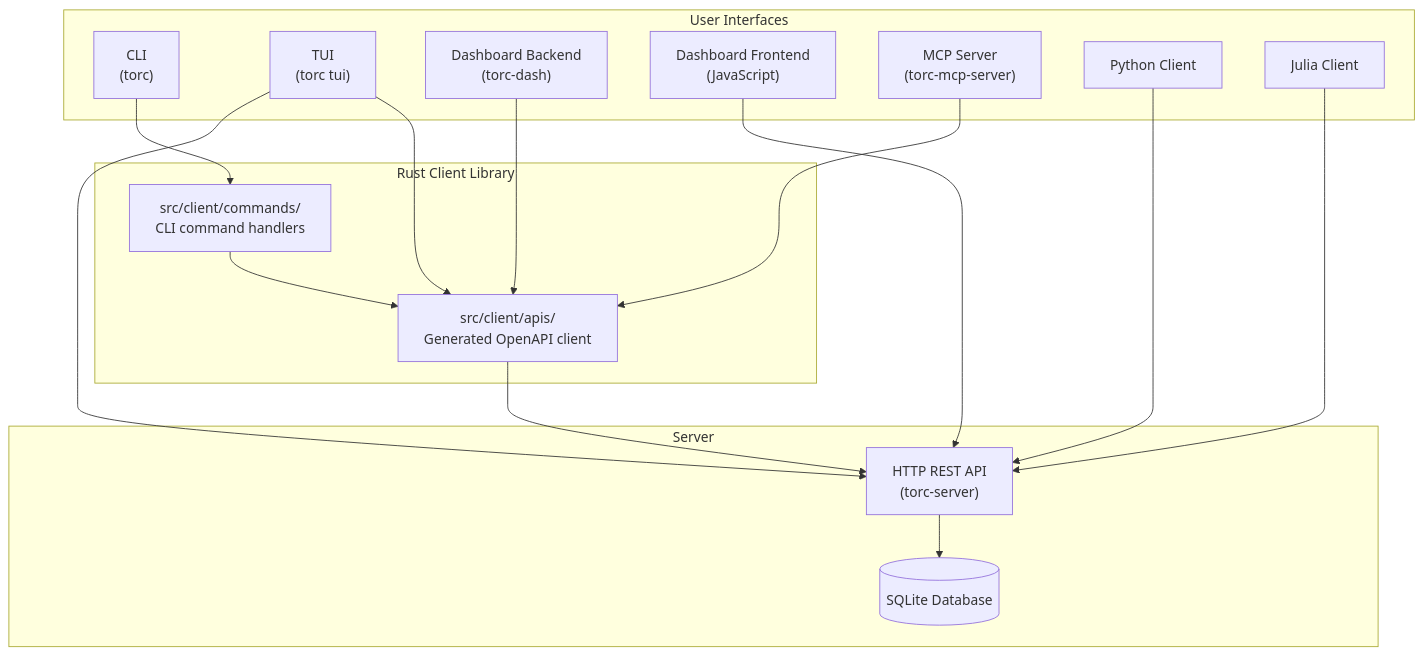
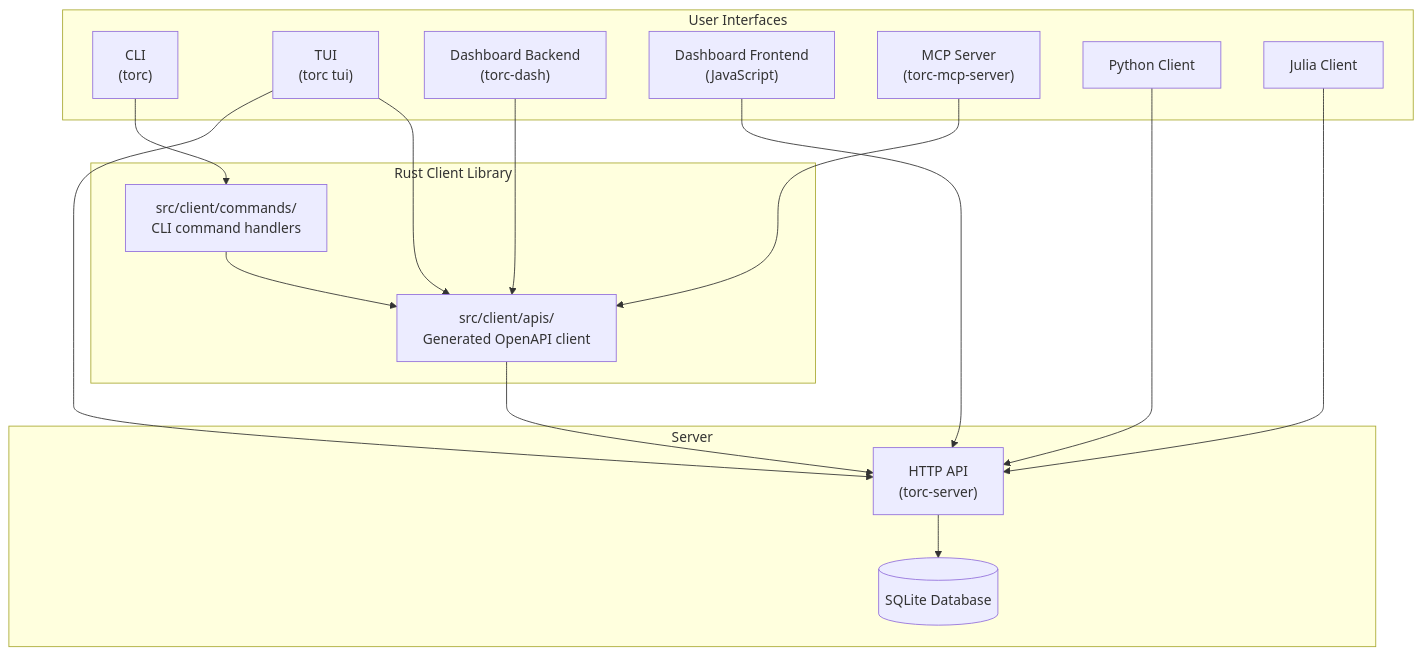
One commit to NREL/torc changed the diagram in docs/src/explanation/design/interfaces.md. Above: the diagram before and after it, drawn with Mermaid. The commit also changed 15 other files, not shown here.

````diff
--- a/docs/src/explanation/design/interfaces.md
+++ b/docs/src/explanation/design/interfaces.md
@@ -31,34 +31,34 @@
 ```mermaid
 graph TD
     subgraph "User Interfaces"
         CLI["CLI<br/>(torc)"]
         TUI["TUI<br/>(torc tui)"]
         DASH_BE["Dashboard Backend<br/>(torc-dash)"]
         DASH_FE["Dashboard Frontend<br/>(JavaScript)"]
         MCP["MCP Server<br/>(torc-mcp-server)"]
         PY["Python Client"]
         JL["Julia Client"]
     end
 
     subgraph "Rust Client Library"
         API["src/client/apis/<br/>Generated OpenAPI client"]
         CMD["src/client/commands/<br/>CLI command handlers"]
     end
 
     subgraph "Server"
-        HTTP["HTTP REST API<br/>(torc-server)"]
+        HTTP["HTTP API<br/>(torc-server)"]
         DB[(SQLite Database)]
     end
 
     CLI --> CMD
     CMD --> API
     TUI --> API
     TUI --> HTTP
     DASH_BE --> API
     MCP --> API
     DASH_FE --> HTTP
     PY --> HTTP
     JL --> HTTP
     API --> HTTP
     HTTP --> DB
 ```
````
